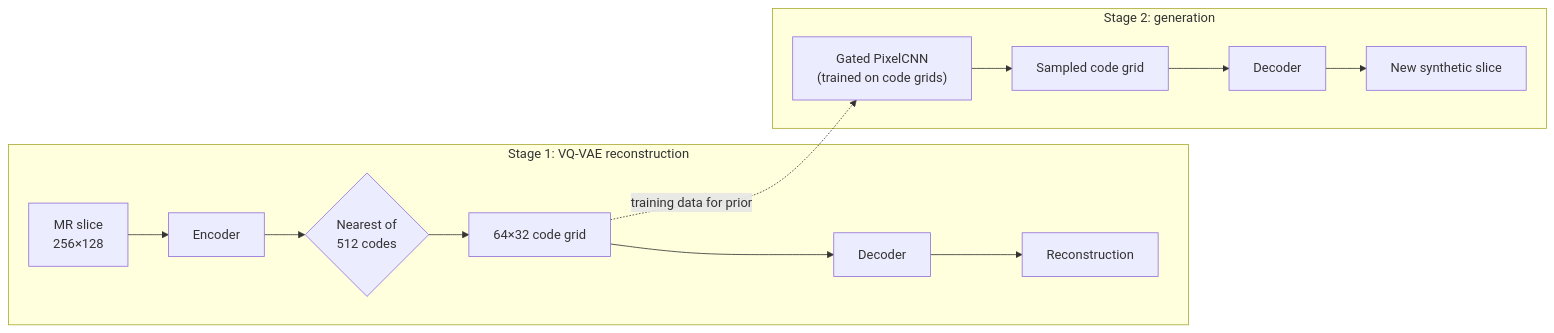
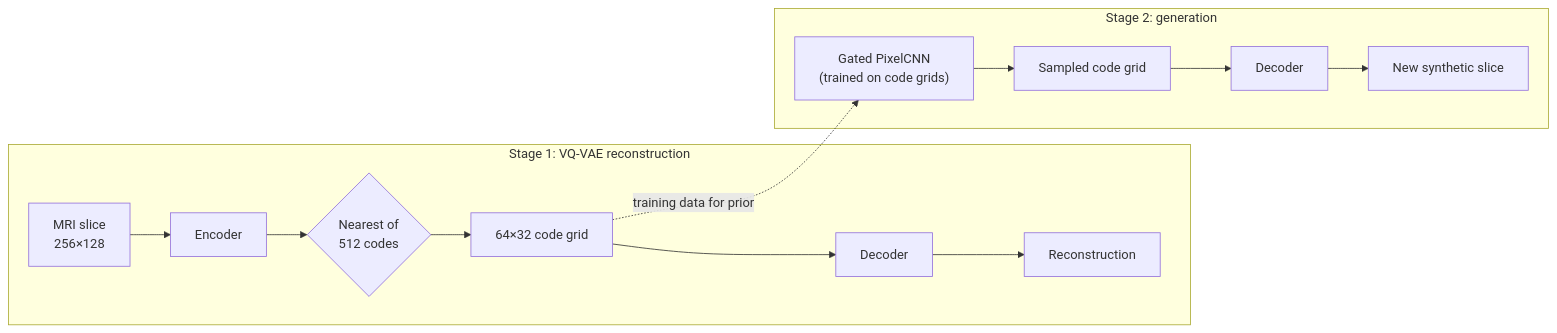
One commit to Aranarion/PatternAnalysis-2026 changed the diagram in recognition/48092333_VQVAE/README.md. Above: the diagram before and after it, drawn with Mermaid. The commit also changed other lines of this file, not shown here.

````diff
--- a/recognition/48092333_VQVAE/README.md
+++ b/recognition/48092333_VQVAE/README.md
@@ -21,11 +21,11 @@
 ```mermaid
 flowchart LR
     subgraph Stage 1: VQ-VAE reconstruction
-        X["MR slice<br/>256×128"] --> E["Encoder"] --> Q{"Nearest of<br/>512 codes"}
+        X["MRI slice<br/>256×128"] --> E["Encoder"] --> Q{"Nearest of<br/>512 codes"}
         Q --> Z["64×32 code grid"] --> D["Decoder"] --> R["Reconstruction"]
     end
     subgraph Stage 2: generation
         P["Gated PixelCNN<br/>(trained on code grids)"] --> S["Sampled code grid"] --> D2["Decoder"] --> N["New synthetic slice"]
     end
     Z -. "training data for prior" .-> P
 ```
````
